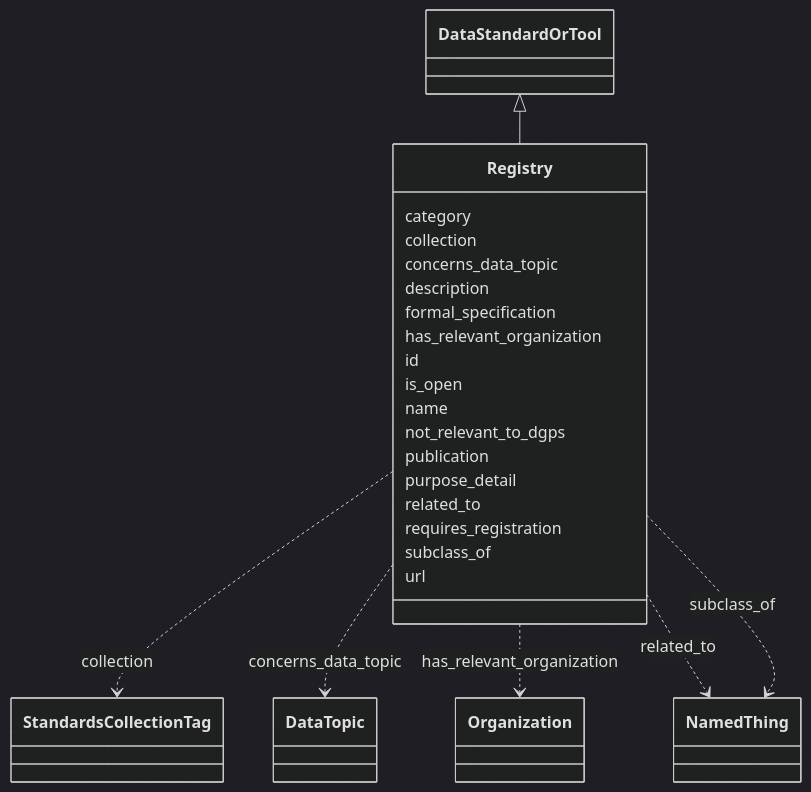
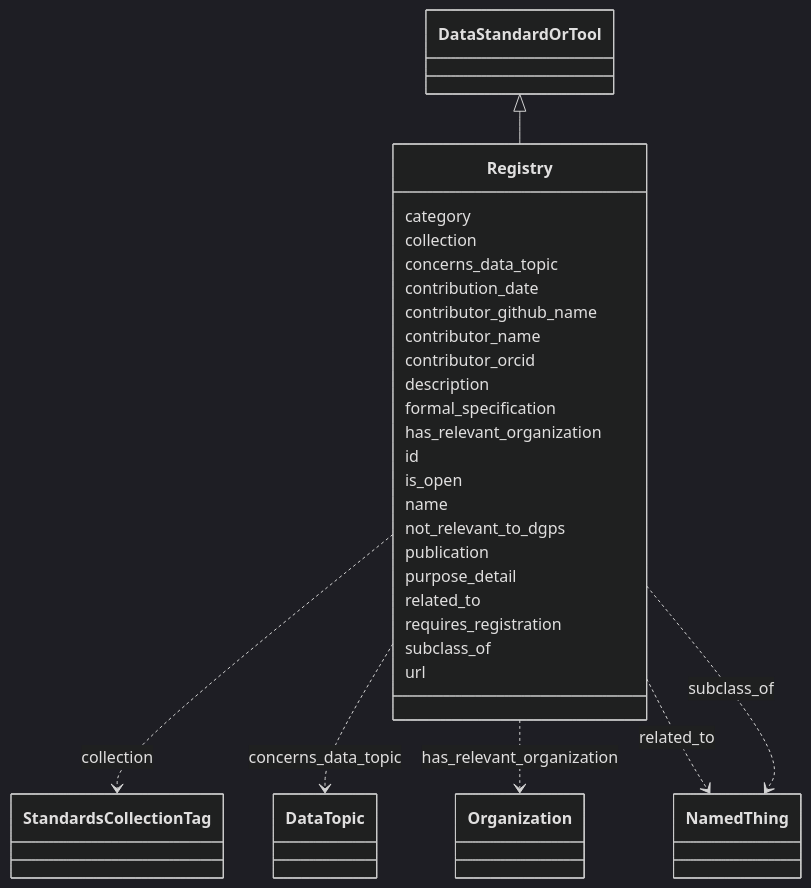
The diagram in docs/Registry.md (bridge2ai/standards-schemas), drawn with Mermaid (dark theme) before and after one commit. The commit also changed other lines of this file and 51 other files, not shown here.

````diff
--- a/docs/Registry.md
+++ b/docs/Registry.md
@@ -11,49 +11,57 @@
 ```mermaid
  classDiagram
     class Registry
       DataStandardOrTool <|-- Registry
       
       Registry : category
         
       Registry : collection
         
           Registry ..> StandardsCollectionTag : collection
         
       Registry : concerns_data_topic
         
           Registry ..> DataTopic : concerns_data_topic
+        
+      Registry : contribution_date
+        
+      Registry : contributor_github_name
+        
+      Registry : contributor_name
+        
+      Registry : contributor_orcid
         
       Registry : description
         
       Registry : formal_specification
         
       Registry : has_relevant_organization
         
           Registry ..> Organization : has_relevant_organization
         
       Registry : id
         
       Registry : is_open
         
       Registry : name
         
       Registry : not_relevant_to_dgps
         
       Registry : publication
         
       Registry : purpose_detail
         
       Registry : related_to
         
           Registry ..> NamedThing : related_to
         
       Registry : requires_registration
         
       Registry : subclass_of
         
           Registry ..> NamedThing : subclass_of
         
       Registry : url
         
       
 ```
````
